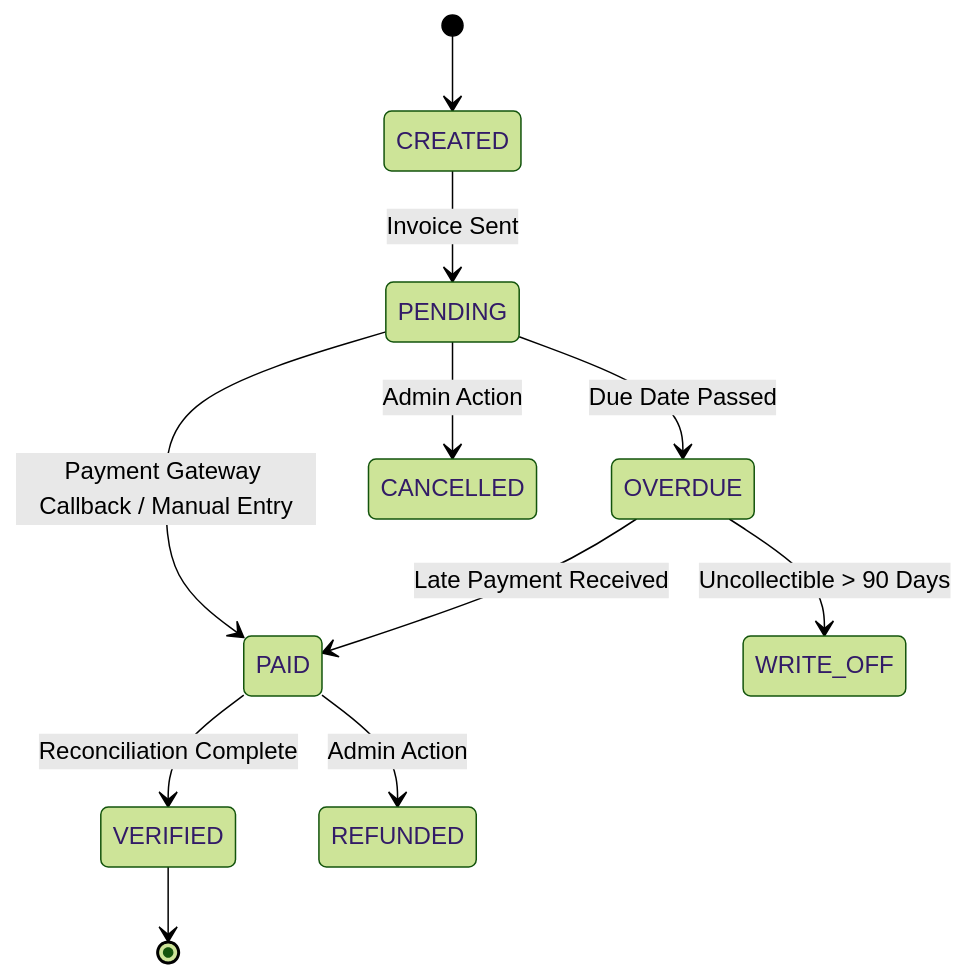
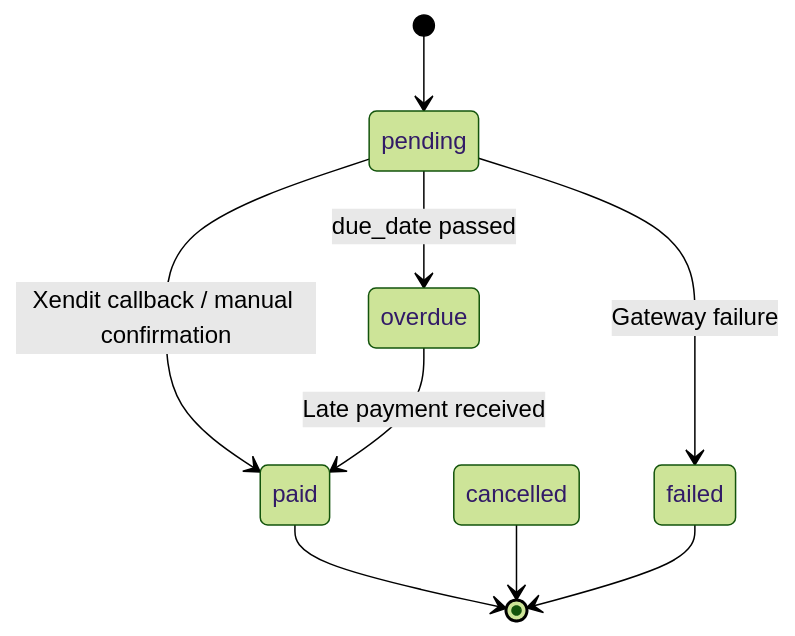
Before and after one commit to itsramaa/Sistem-Hunian: the sixth of 22 diagrams in docs/domain-state-machines.md, drawn with Mermaid (forest theme). The commit also changed other lines of this file, not shown here.

````diff
--- a/docs/domain-state-machines.md
+++ b/docs/domain-state-machines.md
@@ -159,17 +326,11 @@
 ```mermaid
 stateDiagram-v2
-    [*] --> CREATED
-    CREATED --> PENDING: Invoice Sent
-    
-    PENDING --> PAID: Payment Gateway Callback / Manual Entry
-    PENDING --> OVERDUE: Due Date Passed
-    PENDING --> CANCELLED: Admin Action
-    
-    OVERDUE --> PAID: Late Payment Received
-    OVERDUE --> WRITE_OFF: Uncollectible > 90 Days
-    
-    PAID --> VERIFIED: Reconciliation Complete
-    PAID --> REFUNDED: Admin Action
-    
-    VERIFIED --> [*]
+    [*] --> pending
+    pending --> paid: Xendit callback / manual confirmation
+    pending --> overdue: due_date passed
+    pending --> failed: Gateway failure
+    overdue --> paid: Late payment received
+    paid --> [*]
+    cancelled --> [*]
+    failed --> [*]
 ```
````
